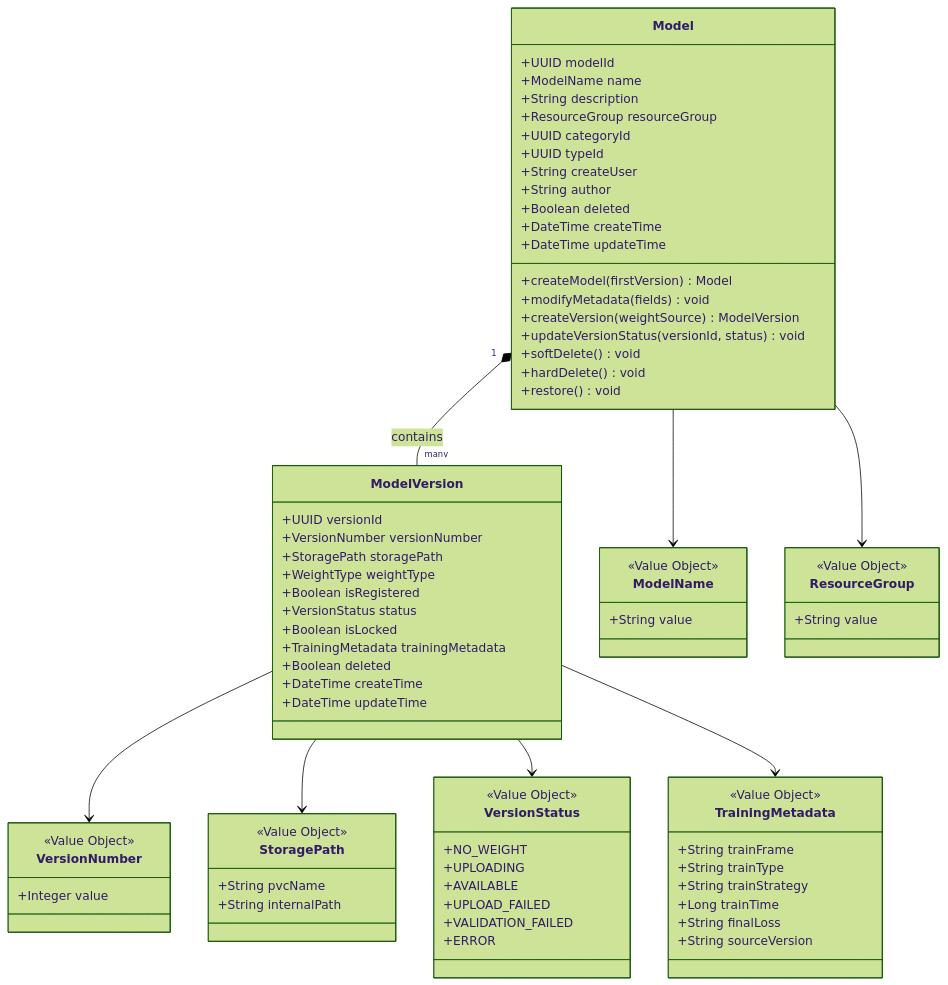
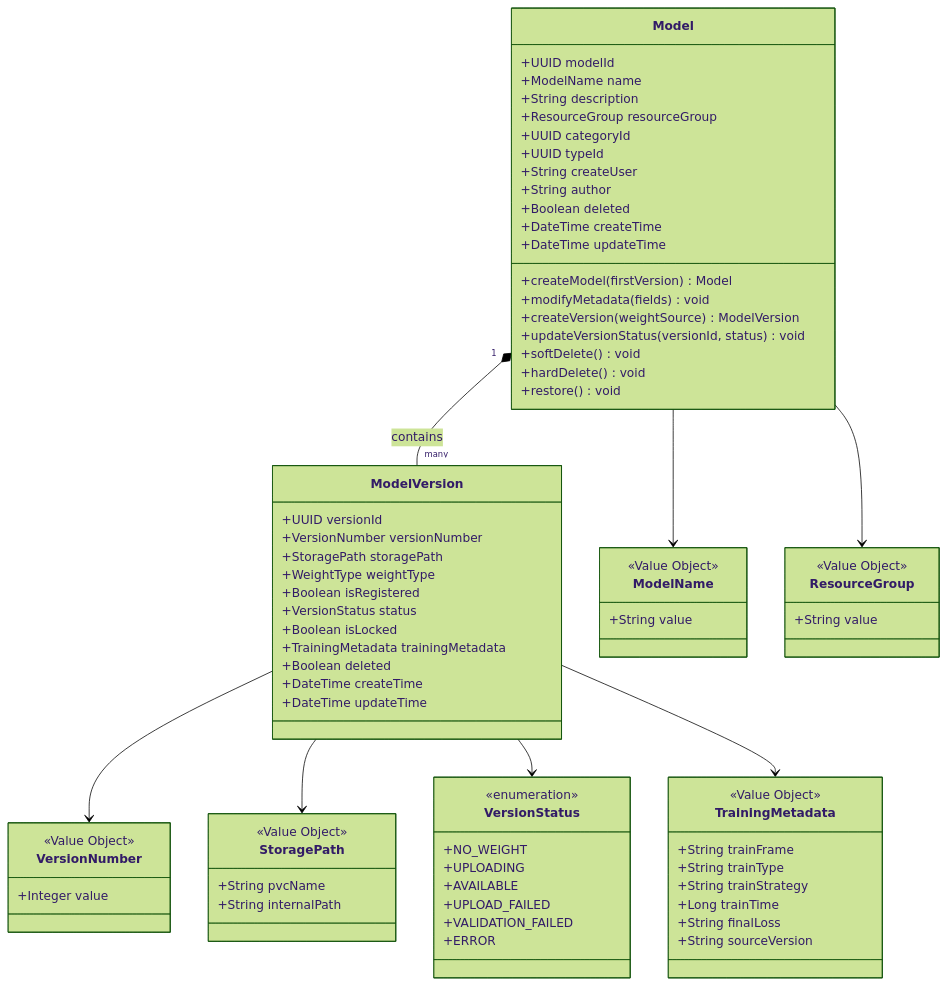
Before and after one commit to HaoruiSong622/model-lite-repository: the second of 10 diagrams in .sisyphus/drafts/ModelLite-Repository-DDD-Bounded-Context.md, drawn with Mermaid (forest theme). The commit also changed other lines of this file and 8 other files, not shown here.

```diff
--- a/.sisyphus/drafts/ModelLite-Repository-DDD-Bounded-Context.md
+++ b/.sisyphus/drafts/ModelLite-Repository-DDD-Bounded-Context.md
@@ -147,7 +147,7 @@
     }
 
     class VersionStatus {
-        <<Value Object>>
+        <<enumeration>>
         +NO_WEIGHT
         +UPLOADING
         +AVAILABLE
```
